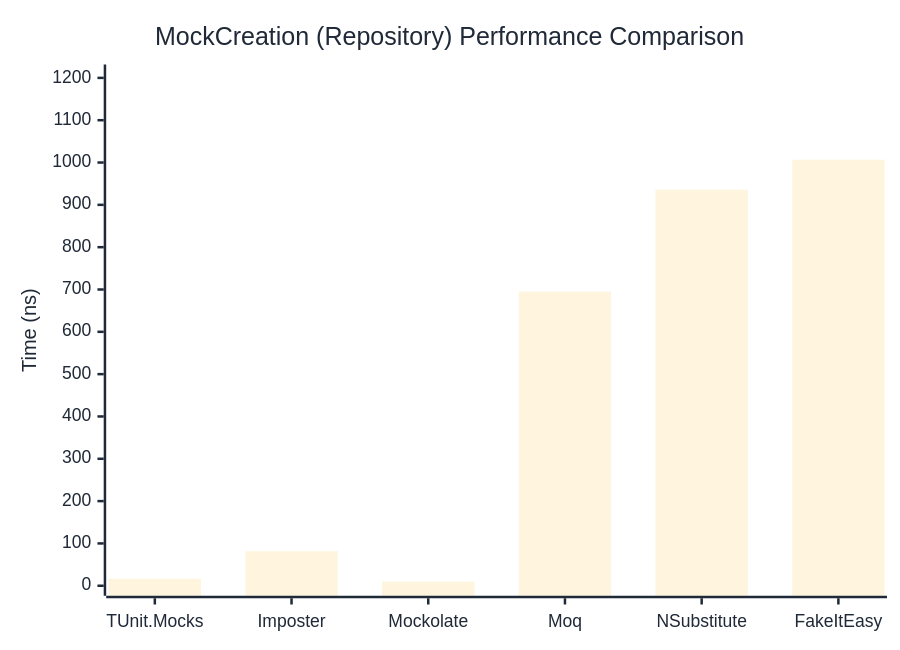
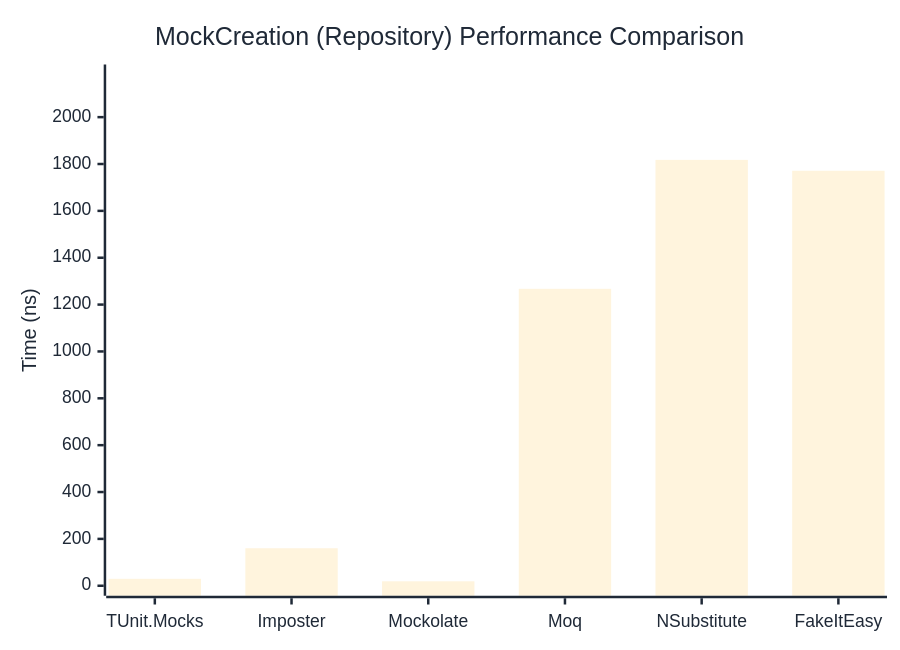
Before and after one commit to thomhurst/TUnit: the second of 2 diagrams in docs/docs/benchmarks/mocks/MockCreation.md, drawn with Mermaid. The commit also changed other lines of this file and 14 other files, not shown here.

````diff
--- a/docs/docs/benchmarks/mocks/MockCreation.md
+++ b/docs/docs/benchmarks/mocks/MockCreation.md
@@ -71,27 +71,27 @@
 ```mermaid
 %%{init: {
   'theme':'base',
   'themeVariables': {
     'primaryColor': '#2563eb',
     'primaryTextColor': '#1f2937',
     'primaryBorderColor': '#1e40af',
     'lineColor': '#6b7280',
     'secondaryColor': '#7c3aed',
     'tertiaryColor': '#dc2626',
     'background': '#ffffff',
     'pie1': '#2563eb',
     'pie2': '#7c3aed',
     'pie3': '#dc2626',
     'pie4': '#f59e0b',
     'pie5': '#10b981',
     'pie6': '#06b6d4',
     'pie7': '#ec4899',
     'pie8': '#6366f1'
   }
 }}%%
 xychart-beta
   title "MockCreation (Repository) Performance Comparison"
   x-axis ["TUnit.Mocks", "Imposter", "Mockolate", "Moq", "NSubstitute", "FakeItEasy"]
-  y-axis "Time (ns)" 0 --> 1208
-  bar [16.442, 81.616, 9.639, 694.943, 935.775, 1006.596]
+  y-axis "Time (ns)" 0 --> 2182
+  bar [29.65, 160.07, 18.97, 1267.32, 1817.61, 1771.1]
 ```
````
